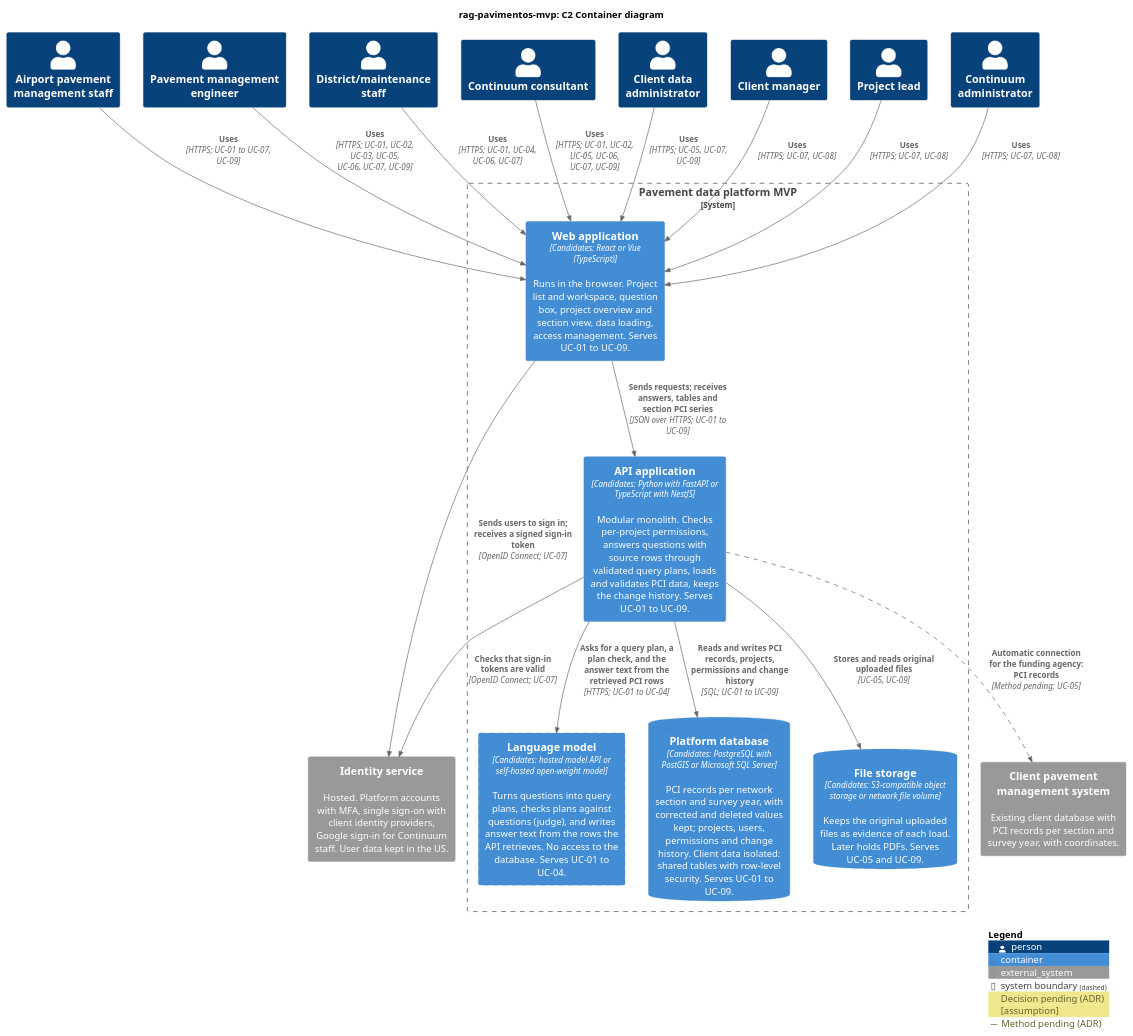
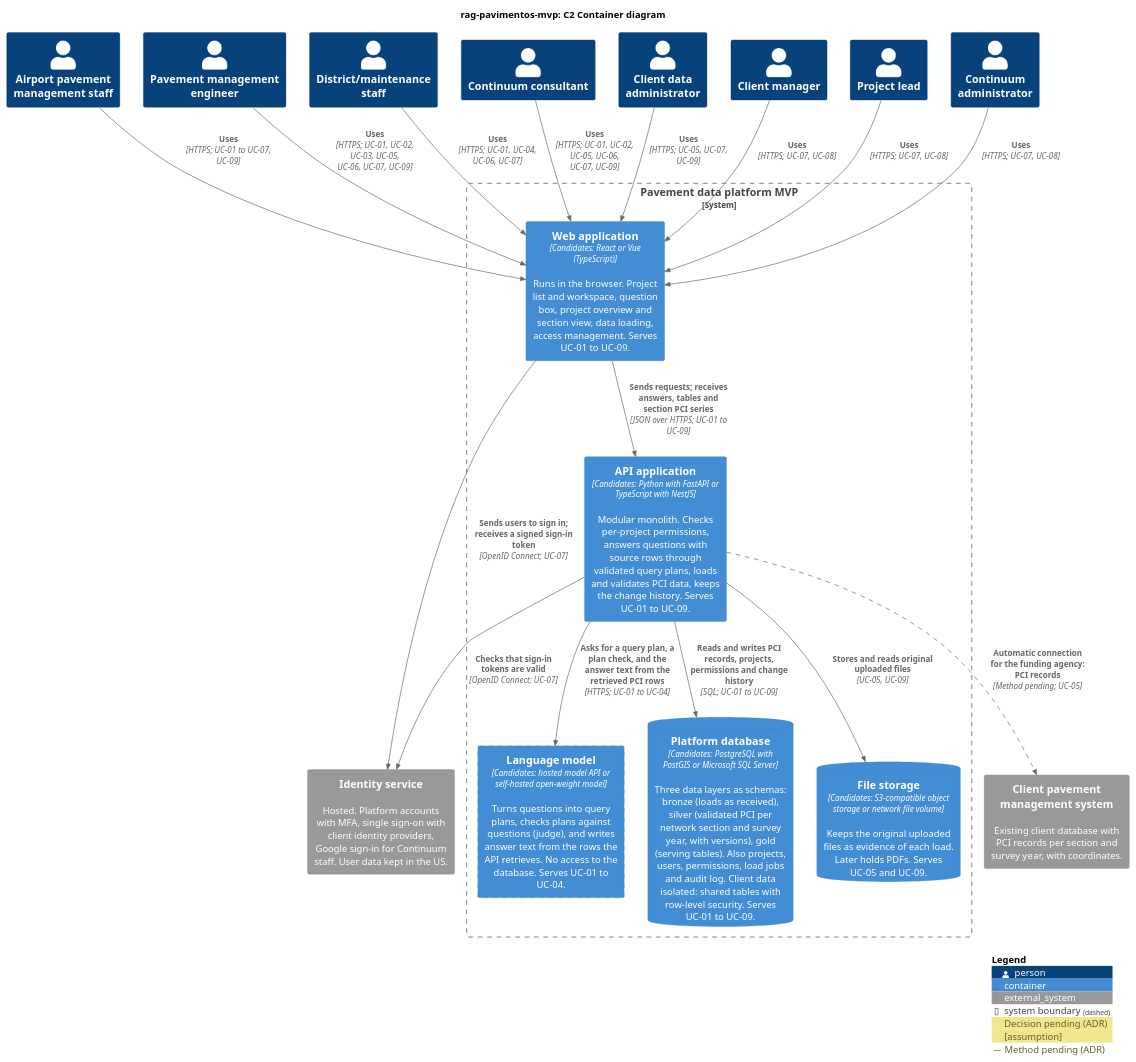
The diagram in docs/architecture/c4/c2-containers.puml (SAndrade2209/rag-pavimentos-mvp), drawn with PlantUML before and after one commit. The commit also changed 3 other files, not shown here.

First line of the commit message:
Accept ADR: backend as a modular monolith with data layers

```diff
--- a/docs/architecture/c4/c2-containers.puml
+++ b/docs/architecture/c4/c2-containers.puml
@@ -1,72 +1,73 @@
 @startuml c2-containers
 !include https://raw.githubusercontent.com/plantuml-stdlib/C4-PlantUML/master/C4_Container.puml
 
 title rag-pavimentos-mvp: C2 Container diagram
 
 ' Proposal. Candidate technologies are listed, not chosen. Each choice goes in an ADR,
 ' after docs/architecture/quality-attributes.md is filled.
 ' Modular monolith (CLAUDE.md): one API application holds the modules
 ' (question answering, PCI data, projects and access, change history). Modules belong in C3.
 ' All candidates run on any cloud provider or on premises (portability, CLAUDE.md).
 
 AddElementTag("pending", $borderStyle=DashedLine(), $legendText="Decision pending (ADR)")
 AddElementTag("assumption", $borderStyle=DottedLine(), $legendText="[assumption]")
 AddRelTag("pending", $lineStyle=DashedLine(), $legendText="Method pending (ADR)")
 
 ' People from C1, with the use cases each one performs.
 Person(airport_staff, "Airport pavement management staff")
 Person(pm_engineer, "Pavement management engineer")
 Person(district_staff, "District/maintenance staff")
 Person(consultant, "Continuum consultant")
 Person(data_admin, "Client data administrator")
 Person(client_manager, "Client manager")
 Person(project_lead, "Project lead")
 Person(continuum_admin, "Continuum administrator")
 
 ' External system from C1.
 ' CSV and Excel files are uploaded by people through the web application (UC-05).
 ' For the funding agency only, the API application also has an automatic connection to this system.
 ' Its method, and so the direction of the arrow, is pending (ADR 2026-11-23-load-pci-data-by-upload-and-connection).
 ' Sign-in (ADR 2026-11-23-delegate-sign-in-to-an-identity-service). The client identity providers and
 ' Continuum's Google Workspace connect to the identity service, not to the containers; they are shown in C1.
 System_Ext(idp, "Identity service", "Hosted. Platform accounts with MFA, single sign-on with client identity providers, Google sign-in for Continuum staff. User data kept in the US.")
 System_Ext(pms, "Client pavement management system", "Existing client database with PCI records per section and survey year, with coordinates.")
 
 System_Boundary(platform, "Pavement data platform MVP") {
   Container(web, "Web application", "Candidates: React or Vue (TypeScript)", "Runs in the browser. Project list and workspace, question box, project overview and section view, data loading, access management. Serves UC-01 to UC-09.")
 
   Container(api, "API application", "Candidates: Python with FastAPI or TypeScript with NestJS", "Modular monolith. Checks per-project permissions, answers questions with source rows through validated query plans, loads and validates PCI data, keeps the change history. Serves UC-01 to UC-09.")
 
   ' Hosted or self-hosted is the decision. With a hosted model API, client PCI rows leave
   ' the platform and the model becomes an external system in C1.
   ' Grounding (ADR 2026-11-23-ground-answers-with-validated-query-plans): the model has no access to
   ' the database. It returns query plans, which the API validates and runs, and it sees only the result rows.
   Container(llm, "Language model", "Candidates: hosted model API or self-hosted open-weight model", "Turns questions into query plans, checks plans against questions (judge), and writes answer text from the rows the API retrieves. No access to the database. Serves UC-01 to UC-04.", $tags="pending")
 
   ' Client data isolation: see ADR 2026-11-23-isolate-client-data-with-row-level-security.
-  ContainerDb(db, "Platform database", "Candidates: PostgreSQL with PostGIS or Microsoft SQL Server", "PCI records per network section and survey year, with corrected and deleted values kept; projects, users, permissions and change history. Client data isolated: shared tables with row-level security. Serves UC-01 to UC-09.")
+  ' Data layers: see ADR 2026-11-23-backend-modular-monolith-with-data-layers.
+  ContainerDb(db, "Platform database", "Candidates: PostgreSQL with PostGIS or Microsoft SQL Server", "Three data layers as schemas: bronze (loads as received), silver (validated PCI per network section and survey year, with versions), gold (serving tables). Also projects, users, permissions, load jobs and audit log. Client data isolated: shared tables with row-level security. Serves UC-01 to UC-09.")
 
   ' Not required by phase 1 questions. Justified by the evidence requirement and by PDFs later.
   ' If original files are not kept, this container is removed.
   ContainerDb(files, "File storage", "Candidates: S3-compatible object storage or network file volume", "Keeps the original uploaded files as evidence of each load. Later holds PDFs. Serves UC-05 and UC-09.", $tags="assumption")
 }
 
 Rel(airport_staff, web, "Uses", "HTTPS; UC-01 to UC-07, UC-09")
 Rel(pm_engineer, web, "Uses", "HTTPS; UC-01, UC-02, UC-03, UC-05, UC-06, UC-07, UC-09")
 Rel(district_staff, web, "Uses", "HTTPS; UC-01, UC-04, UC-06, UC-07")
 Rel(consultant, web, "Uses", "HTTPS; UC-01, UC-02, UC-05, UC-06, UC-07, UC-09")
 Rel(data_admin, web, "Uses", "HTTPS; UC-05, UC-07, UC-09")
 Rel(client_manager, web, "Uses", "HTTPS; UC-07, UC-08")
 Rel(project_lead, web, "Uses", "HTTPS; UC-07, UC-08")
 Rel(continuum_admin, web, "Uses", "HTTPS; UC-07, UC-08")
 
 Rel(web, api, "Sends requests; receives answers, tables and section PCI series", "JSON over HTTPS; UC-01 to UC-09")
 Rel(api, llm, "Asks for a query plan, a plan check, and the answer text from the retrieved PCI rows", "HTTPS; UC-01 to UC-04")
 Rel(api, db, "Reads and writes PCI records, projects, permissions and change history", "SQL; UC-01 to UC-09")
 Rel(api, files, "Stores and reads original uploaded files", "UC-05, UC-09")
 Rel(api, pms, "Automatic connection for the funding agency: PCI records", "Method pending; UC-05", $tags="pending")
 Rel(web, idp, "Sends users to sign in; receives a signed sign-in token", "OpenID Connect; UC-07")
 Rel(api, idp, "Checks that sign-in tokens are valid", "OpenID Connect; UC-07")
 
 SHOW_LEGEND()
 @enduml
```
